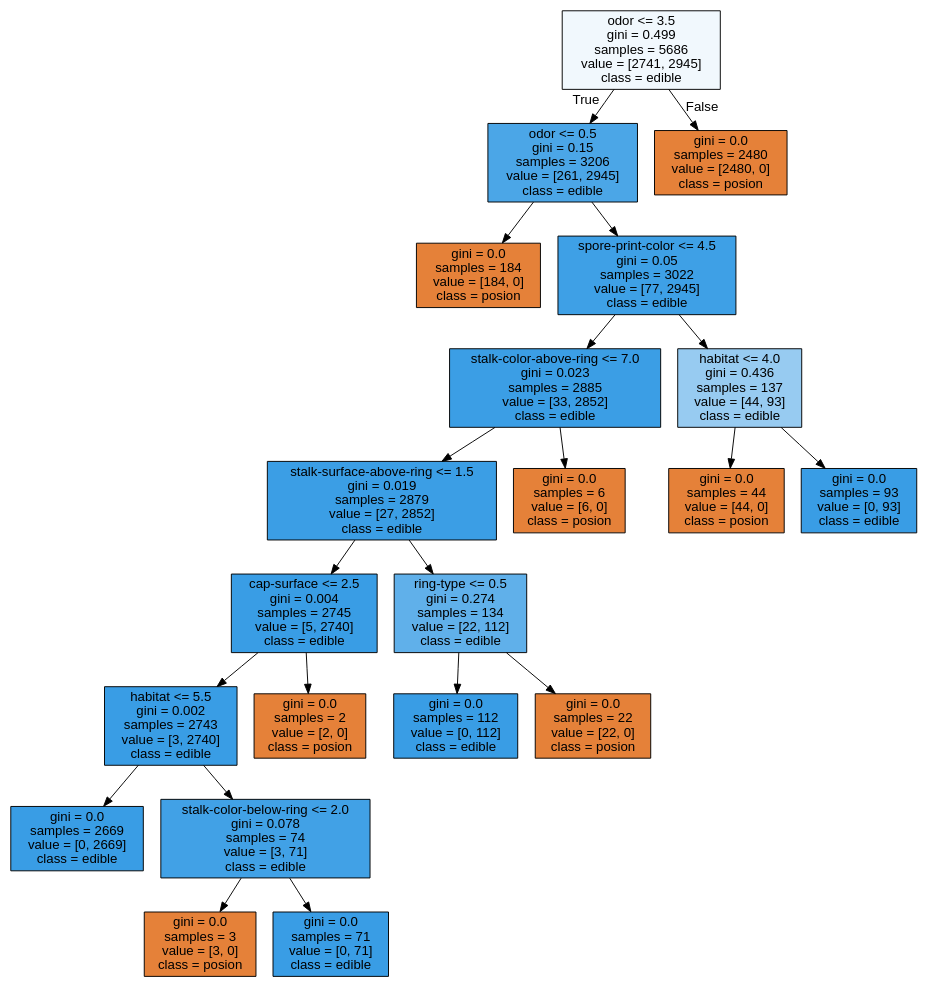
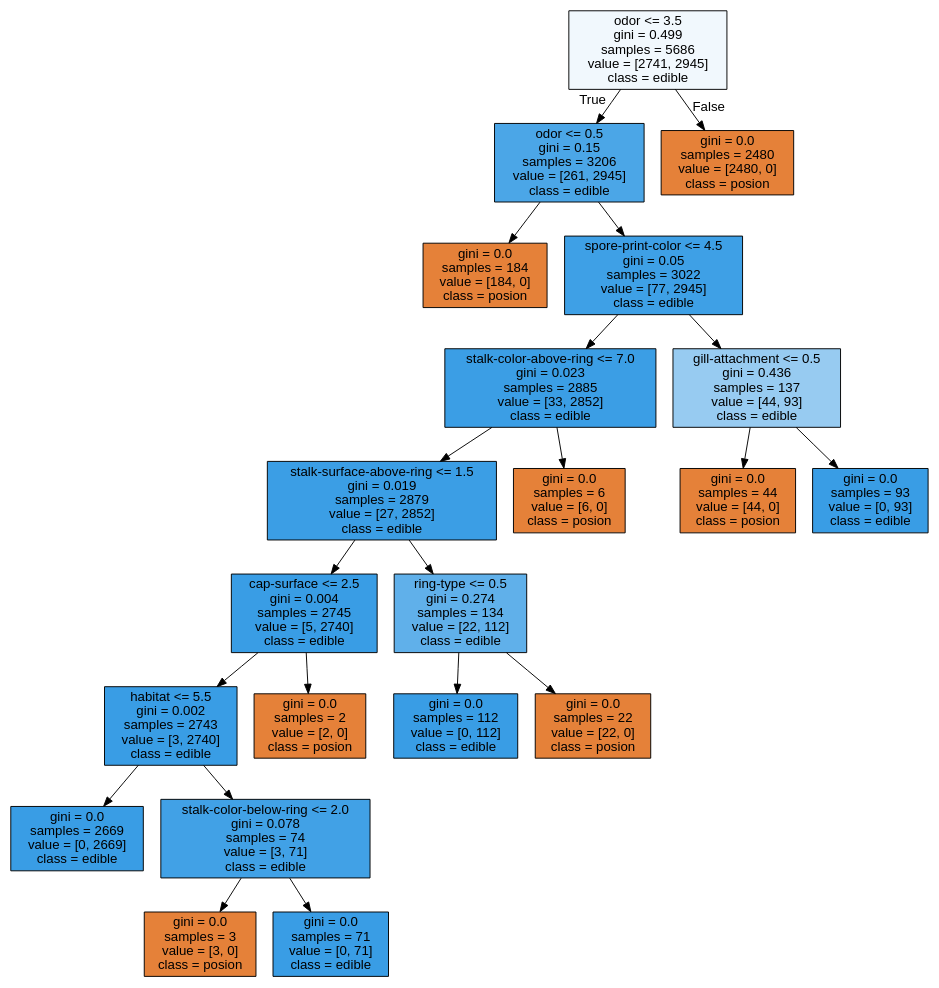
Before and after one commit to WonRyeong1207/KDT6: the diagram in EX_ML/data/mushroom_tree.dot, drawn with Graphviz. The commit also changed 3 other files, not shown here.

```diff
--- a/EX_ML/data/mushroom_tree.dot
+++ b/EX_ML/data/mushroom_tree.dot
@@ -1,45 +1,45 @@
 digraph Tree {
 node [shape=box, style="filled", color="black", fontname="helvetica"] ;
 edge [fontname="helvetica"] ;
 0 [label="odor <= 3.5\ngini = 0.499\nsamples = 5686\nvalue = [2741, 2945]\nclass = edible", fillcolor="#f1f8fd"] ;
 1 [label="odor <= 0.5\ngini = 0.15\nsamples = 3206\nvalue = [261, 2945]\nclass = edible", fillcolor="#4ba6e7"] ;
 0 -> 1 [labeldistance=2.5, labelangle=45, headlabel="True"] ;
 2 [label="gini = 0.0\nsamples = 184\nvalue = [184, 0]\nclass = posion", fillcolor="#e58139"] ;
 1 -> 2 ;
 3 [label="spore-print-color <= 4.5\ngini = 0.05\nsamples = 3022\nvalue = [77, 2945]\nclass = edible", fillcolor="#3ea0e6"] ;
 1 -> 3 ;
 4 [label="stalk-color-above-ring <= 7.0\ngini = 0.023\nsamples = 2885\nvalue = [33, 2852]\nclass = edible", fillcolor="#3b9ee5"] ;
 3 -> 4 ;
 5 [label="stalk-surface-above-ring <= 1.5\ngini = 0.019\nsamples = 2879\nvalue = [27, 2852]\nclass = edible", fillcolor="#3b9ee5"] ;
 4 -> 5 ;
 6 [label="cap-surface <= 2.5\ngini = 0.004\nsamples = 2745\nvalue = [5, 2740]\nclass = edible", fillcolor="#399de5"] ;
 5 -> 6 ;
 7 [label="habitat <= 5.5\ngini = 0.002\nsamples = 2743\nvalue = [3, 2740]\nclass = edible", fillcolor="#399de5"] ;
 6 -> 7 ;
 8 [label="gini = 0.0\nsamples = 2669\nvalue = [0, 2669]\nclass = edible", fillcolor="#399de5"] ;
 7 -> 8 ;
 9 [label="stalk-color-below-ring <= 2.0\ngini = 0.078\nsamples = 74\nvalue = [3, 71]\nclass = edible", fillcolor="#41a1e6"] ;
 7 -> 9 ;
 10 [label="gini = 0.0\nsamples = 3\nvalue = [3, 0]\nclass = posion", fillcolor="#e58139"] ;
 9 -> 10 ;
 11 [label="gini = 0.0\nsamples = 71\nvalue = [0, 71]\nclass = edible", fillcolor="#399de5"] ;
 9 -> 11 ;
 12 [label="gini = 0.0\nsamples = 2\nvalue = [2, 0]\nclass = posion", fillcolor="#e58139"] ;
 6 -> 12 ;
 13 [label="ring-type <= 0.5\ngini = 0.274\nsamples = 134\nvalue = [22, 112]\nclass = edible", fillcolor="#60b0ea"] ;
 5 -> 13 ;
 14 [label="gini = 0.0\nsamples = 112\nvalue = [0, 112]\nclass = edible", fillcolor="#399de5"] ;
 13 -> 14 ;
 15 [label="gini = 0.0\nsamples = 22\nvalue = [22, 0]\nclass = posion", fillcolor="#e58139"] ;
 13 -> 15 ;
 16 [label="gini = 0.0\nsamples = 6\nvalue = [6, 0]\nclass = posion", fillcolor="#e58139"] ;
 4 -> 16 ;
-17 [label="habitat <= 4.0\ngini = 0.436\nsamples = 137\nvalue = [44, 93]\nclass = edible", fillcolor="#97cbf1"] ;
+17 [label="gill-attachment <= 0.5\ngini = 0.436\nsamples = 137\nvalue = [44, 93]\nclass = edible", fillcolor="#97cbf1"] ;
 3 -> 17 ;
 18 [label="gini = 0.0\nsamples = 44\nvalue = [44, 0]\nclass = posion", fillcolor="#e58139"] ;
 17 -> 18 ;
 19 [label="gini = 0.0\nsamples = 93\nvalue = [0, 93]\nclass = edible", fillcolor="#399de5"] ;
 17 -> 19 ;
 20 [label="gini = 0.0\nsamples = 2480\nvalue = [2480, 0]\nclass = posion", fillcolor="#e58139"] ;
 0 -> 20 [labeldistance=2.5, labelangle=-45, headlabel="False"] ;
 }
```
